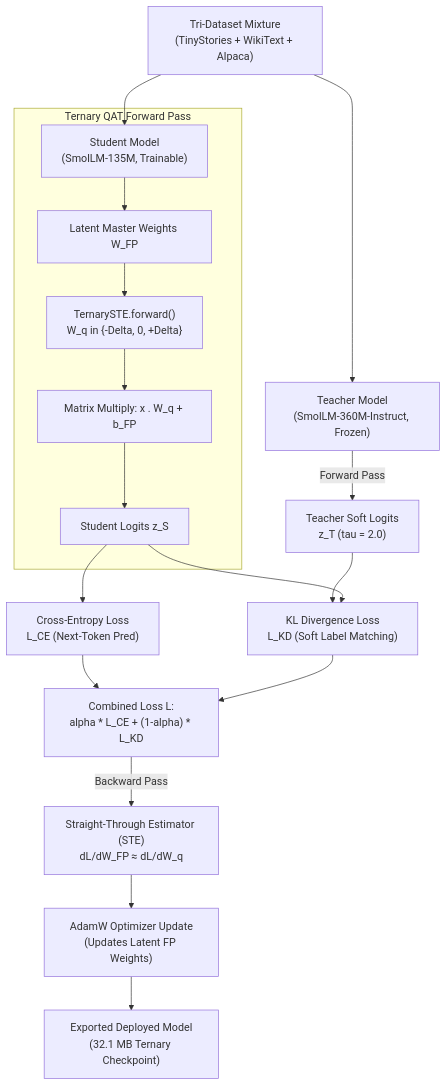
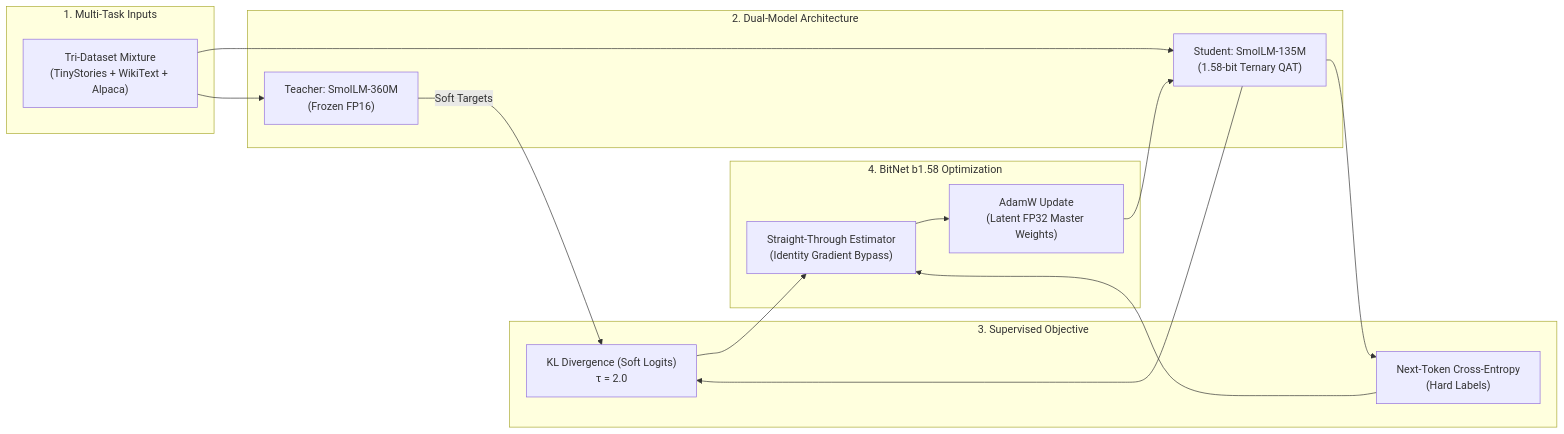
The first of 3 diagrams in README.md (Mayank-Rana1/llm_quantization), drawn with Mermaid before and after one commit. The commit also changed other lines of this file, not shown here.

Commit message:
docs: make architecture diagrams and benchmark plots compact and expandable

````diff
--- a/README.md
+++ b/README.md
@@ -31,23 +35,26 @@
 ```mermaid
-flowchart TD
-    A["Tri-Dataset Mixture\n(TinyStories + WikiText + Alpaca)"] --> B["Teacher Model\n(SmolLM-360M-Instruct, Frozen)"]
-    A --> C["Student Model\n(SmolLM-135M, Trainable)"]
-
-    B -->|Forward Pass| D["Teacher Soft Logits\nz_T (tau = 2.0)"]
-
-    subgraph Student_QAT ["Ternary QAT Forward Pass"]
-        C --> E["Latent Master Weights W_FP"]
-        E --> F["TernarySTE.forward()\nW_q in {-Delta, 0, +Delta}"]
-        F --> G["Matrix Multiply: x . W_q + b_FP"]
-        G --> H["Student Logits z_S"]
+flowchart LR
+    subgraph Data ["1. Multi-Task Inputs"]
+        D["Tri-Dataset Mixture\n(TinyStories + WikiText + Alpaca)"]
     end
 
-    H --> I["Cross-Entropy Loss\nL_CE (Next-Token Pred)"]
-    D & H --> J["KL Divergence Loss\nL_KD (Soft Label Matching)"]
+    subgraph Models ["2. Dual-Model Architecture"]
+        T["Teacher: SmolLM-360M\n(Frozen FP16)"]
+        S["Student: SmolLM-135M\n(1.58-bit Ternary QAT)"]
+    end
 
-    I & J --> K["Combined Loss L:\nalpha * L_CE + (1-alpha) * L_KD"]
+    subgraph Loss ["3. Supervised Objective"]
+        L_KD["KL Divergence (Soft Logits)\nτ = 2.0"]
+        L_CE["Next-Token Cross-Entropy\n(Hard Labels)"]
+    end
 
-    K -->|Backward Pass| L["Straight-Through Estimator (STE)\ndL/dW_FP ≈ dL/dW_q"]
-    L --> M["AdamW Optimizer Update\n(Updates Latent FP Weights)"]
-    M --> N["Exported Deployed Model\n(32.1 MB Ternary Checkpoint)"]
+    subgraph Optimization ["4. BitNet b1.58 Optimization"]
+        STE["Straight-Through Estimator\n(Identity Gradient Bypass)"]
+        OPT["AdamW Update\n(Latent FP32 Master Weights)"]
+    end
+
+    D --> T & S
+    T -->|Soft Targets| L_KD
+    S --> L_CE & L_KD
+    L_CE & L_KD --> STE --> OPT --> S
 ```
````
